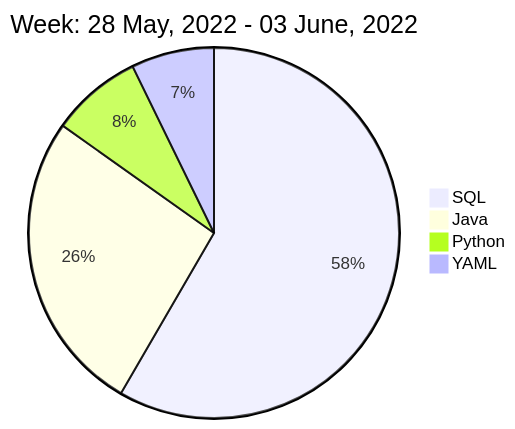
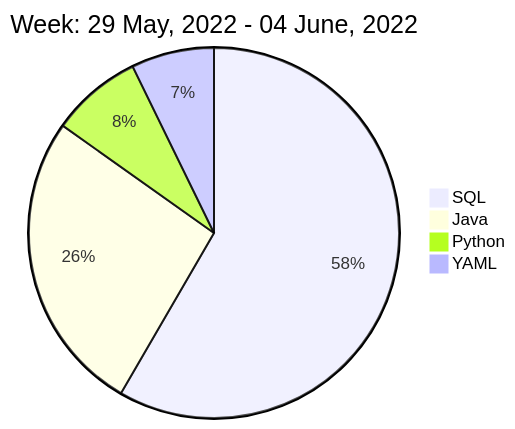
Before and after one commit to liubin95/liubin95: the diagram in README.md, drawn with Mermaid.

Commit message:
Updated the Graph with new Metrics

````diff
--- a/README.md
+++ b/README.md
@@ -40,8 +40,8 @@
 ```mermaid
  pie
-title Week: 28 May, 2022 - 03 June, 2022
+title Week: 29 May, 2022 - 04 June, 2022
  "SQL" : 8.23
  "Java" : 3.73
  "Python" : 1.12
  "YAML" : 1.02
 ```
````
